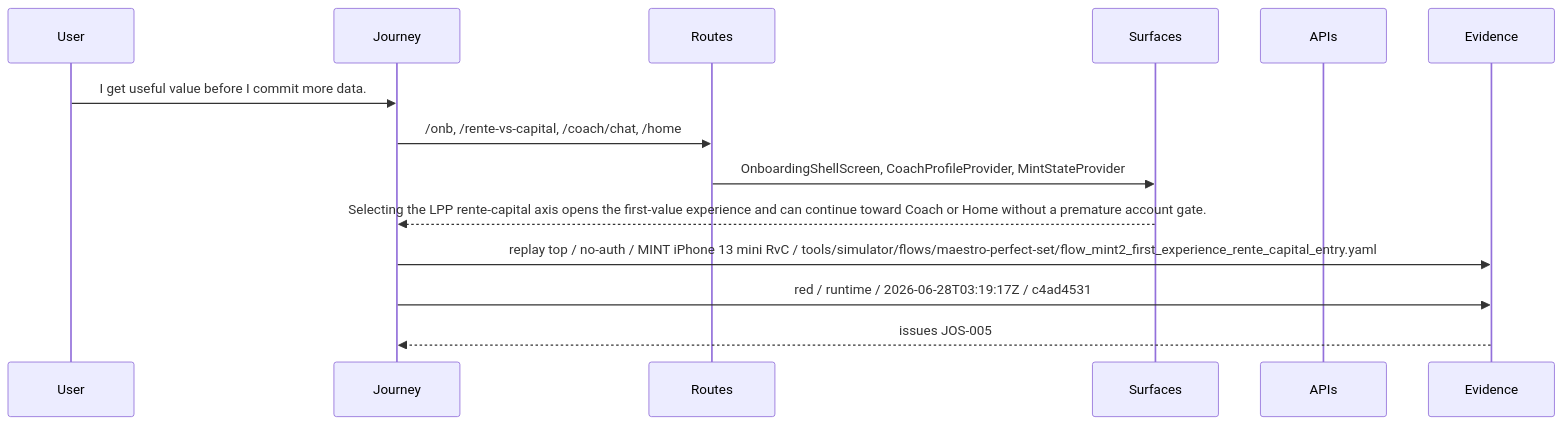
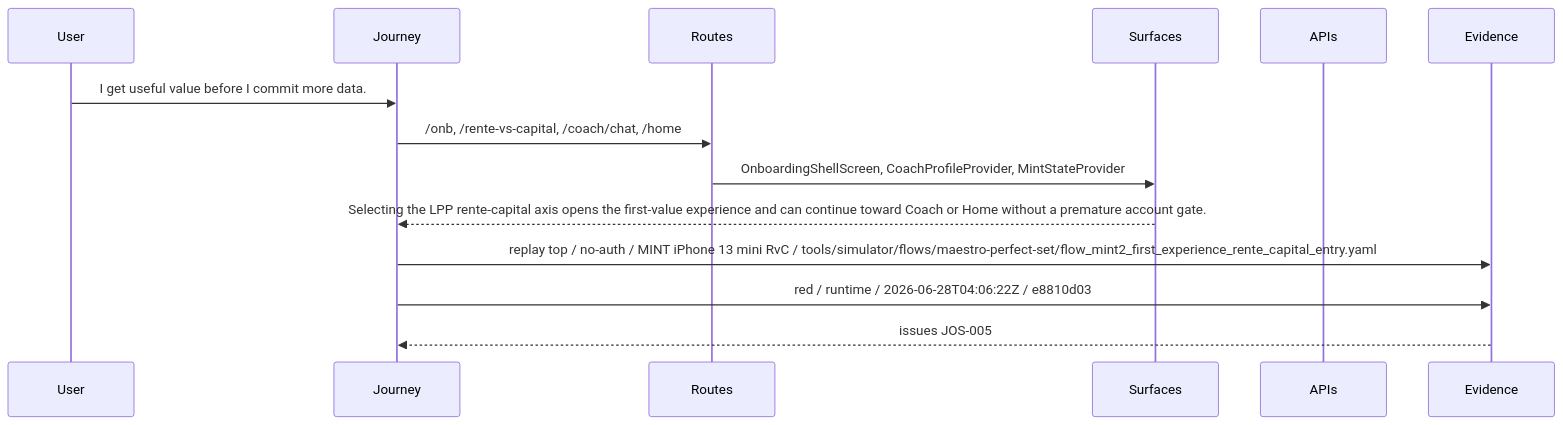
The diagram in .planning/journeys/diagrams/onboarding_first_value_sequence.mmd (MINT-IA/MINT), drawn with Mermaid before and after one commit. The commit also changed 12 other files, not shown here.

Commit message:
fix(journey-os): keep replay evidence squash-safe

```diff
--- a/.planning/journeys/diagrams/onboarding_first_value_sequence.mmd
+++ b/.planning/journeys/diagrams/onboarding_first_value_sequence.mmd
@@ -1,15 +1,15 @@
 %% Generated from .planning/journeys/records/onboarding_first_value.json
 sequenceDiagram
   participant User
   participant Journey
   participant Routes
   participant Surfaces
   participant APIs
   participant Evidence
   User->>Journey: I get useful value before I commit more data.
   Journey->>Routes: /onb, /rente-vs-capital, /coach/chat, /home
   Routes->>Surfaces: OnboardingShellScreen, CoachProfileProvider, MintStateProvider
   Surfaces-->>Journey: Selecting the LPP rente-capital axis opens the first-value experience and can continue toward Coach or Home without a premature account gate.
   Journey->>Evidence: replay top / no-auth / MINT iPhone 13 mini RvC / tools/simulator/flows/maestro-perfect-set/flow_mint2_first_experience_rente_capital_entry.yaml
-  Journey->>Evidence: red / runtime / 2026-06-28T03:19:17Z / c4ad4531
+  Journey->>Evidence: red / runtime / 2026-06-28T04:06:22Z / e8810d03
   Evidence-->>Journey: issues JOS-005
```
